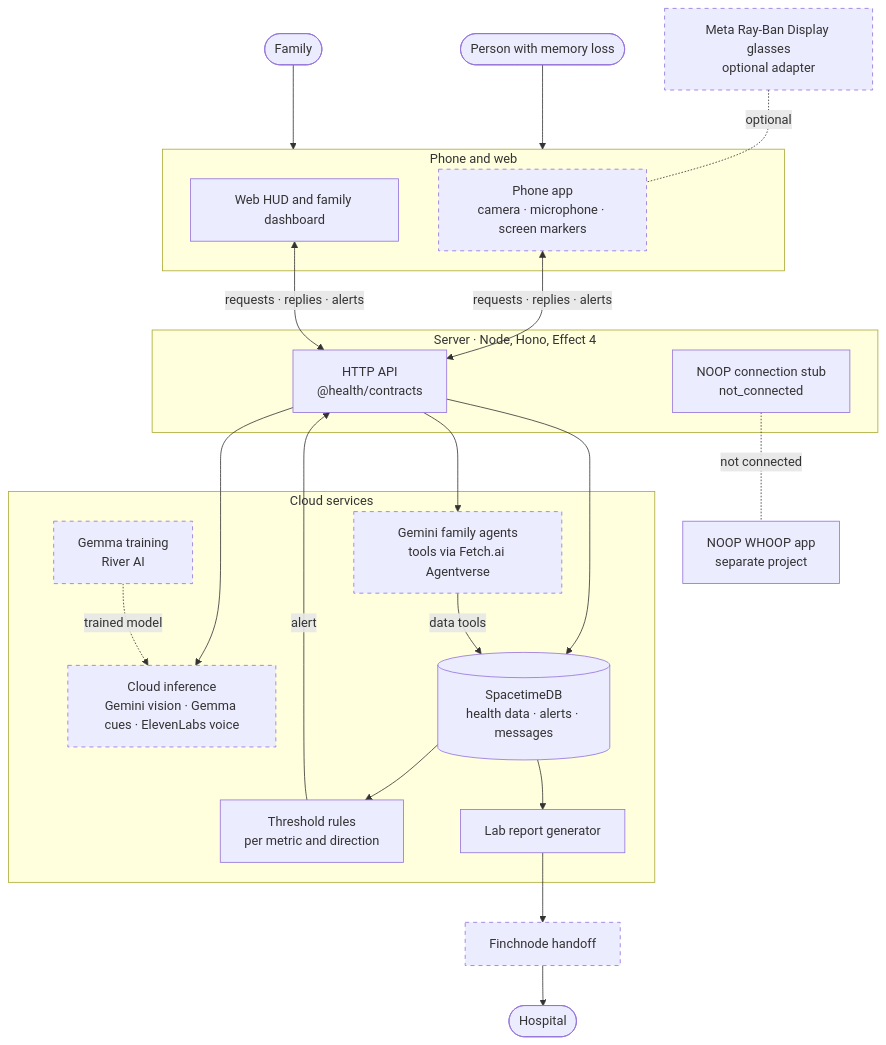
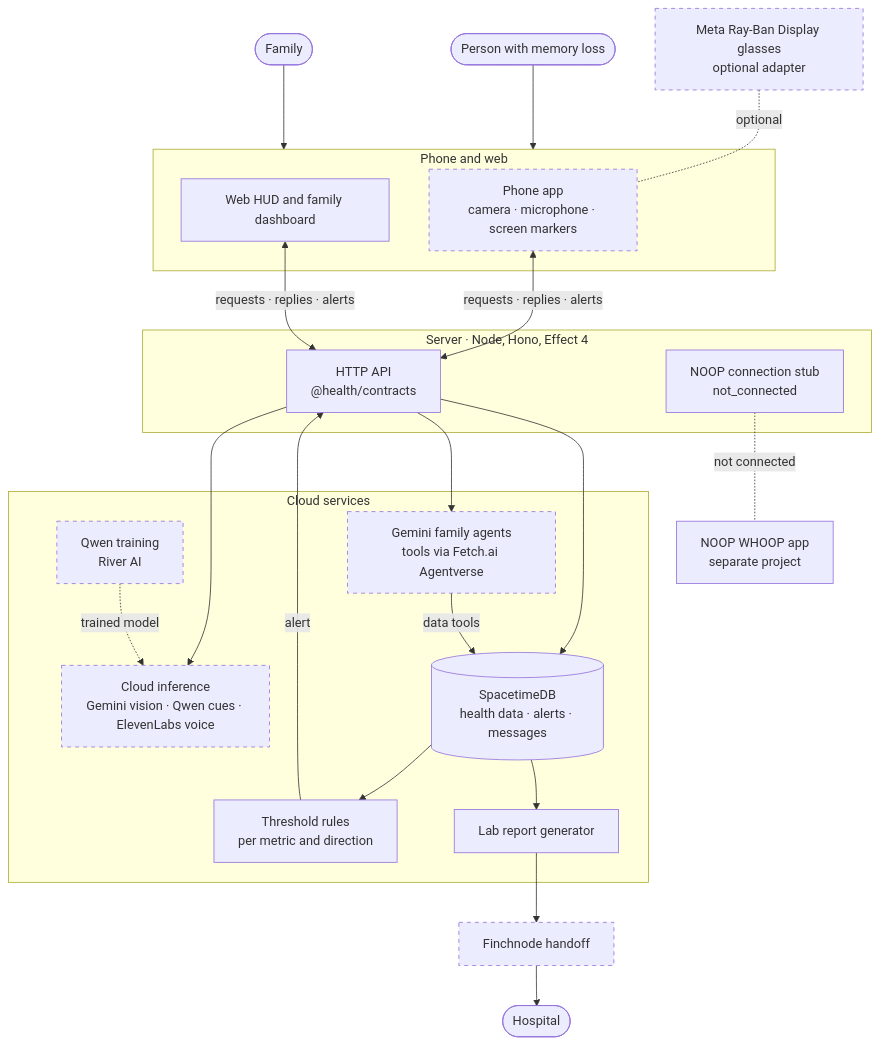
The diagram in README.md (42nights/telly), drawn with Mermaid before and after one commit. The commit also changed other lines of this file and 17 other files, not shown here.

First line of the commit message:
feat(training): train and serve the health-cue model on Qwen/Qwen3.5-9B via River

````diff
--- a/README.md
+++ b/README.md
@@ -214,43 +214,43 @@
 ```mermaid
 flowchart TB
     person(["Person with memory loss"])
     family(["Family"])
     glasses["Meta Ray-Ban Display glasses<br/>optional adapter"]
 
     subgraph clients ["Phone and web"]
         phone["Phone app<br/>camera · microphone · screen markers"]
         web["Web HUD and family dashboard"]
     end
 
     subgraph server ["Server · Node, Hono, Effect 4"]
         api["HTTP API<br/>@health/contracts"]
         stub["NOOP connection stub<br/>not_connected"]
     end
     noop["NOOP WHOOP app<br/>separate project"]
 
     subgraph services ["Cloud services"]
-        ai["Cloud inference<br/>Gemini vision · Gemma cues · ElevenLabs voice"]
+        ai["Cloud inference<br/>Gemini vision · Qwen cues · ElevenLabs voice"]
         agents["Gemini family agents<br/>tools via Fetch.ai Agentverse"]
         db[("SpacetimeDB<br/>health data · alerts · messages")]
         rules["Threshold rules<br/>per metric and direction"]
         reports["Lab report generator"]
-        river["Gemma training<br/>River AI"]
+        river["Qwen training<br/>River AI"]
     end
 
     finch["Finchnode handoff"]
     hospital(["Hospital"])
 
     person & family --> clients
     glasses -. "optional" .- phone
     phone & web <-- "requests · replies · alerts" --> api
     stub -. "not connected" .- noop
     api --> ai & agents & db
     river -. "trained model" .-> ai
     agents -- "data tools" --> db
     db --> rules & reports
     rules -- "alert" --> api
     reports --> finch --> hospital
 
     classDef planned stroke-dasharray: 5 5
     class glasses,phone,ai,agents,river,finch planned
 ```
````
